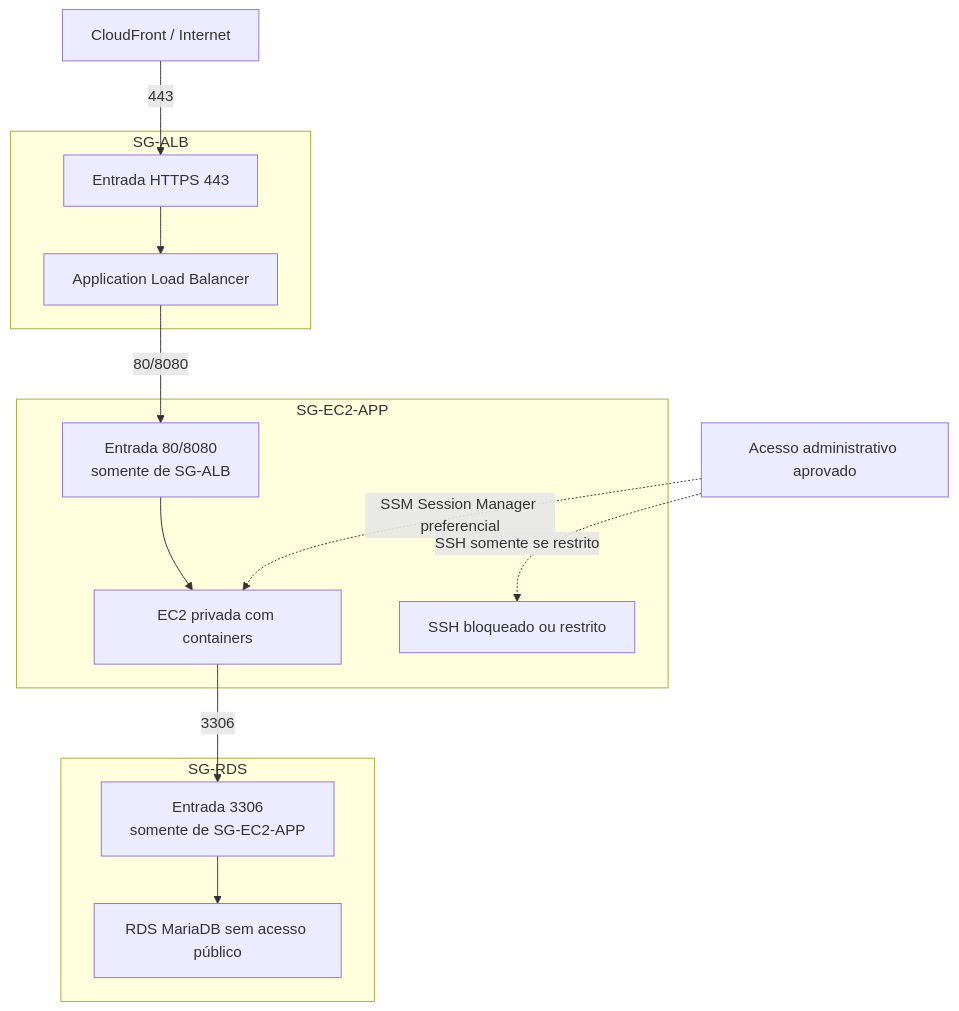
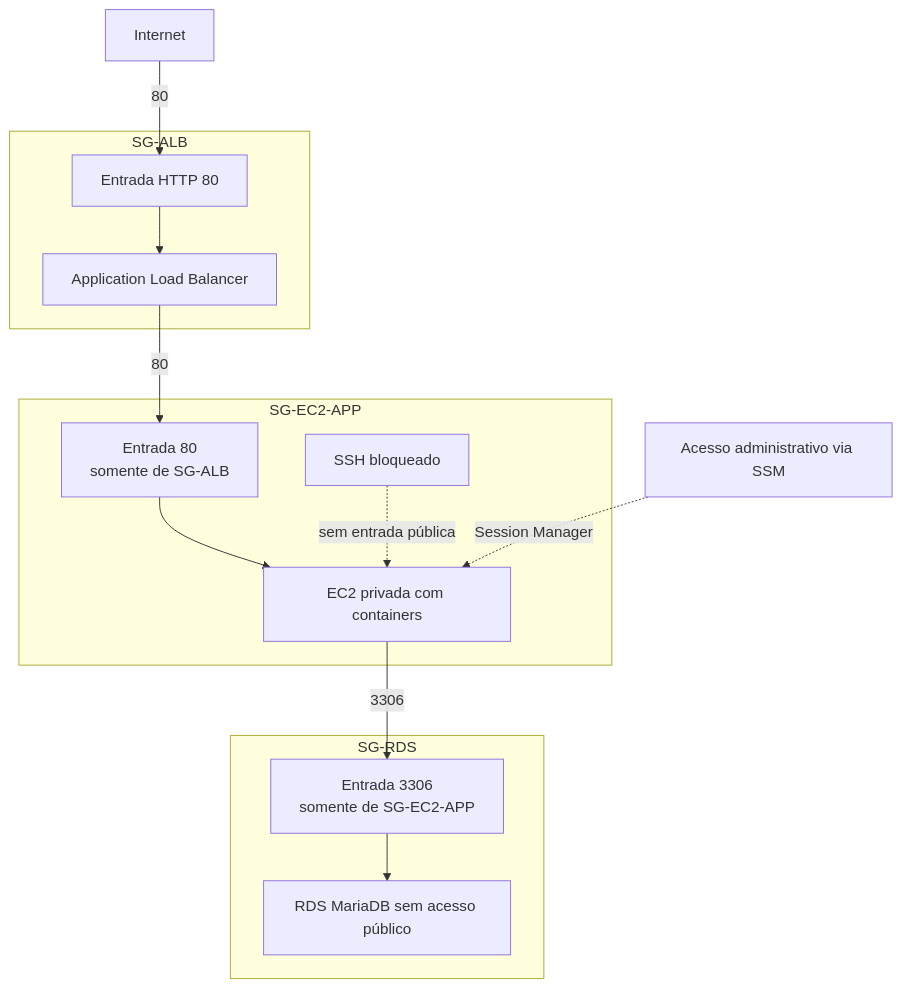
The third of 3 diagrams in docs/arquitetura/diagrama-aws-referencia.md (LuizPazdziora/mercantis-move2cloud), drawn with Mermaid before and after one commit. The commit also changed other lines of this file and 26 other files, not shown here.

````diff
--- a/docs/arquitetura/diagrama-aws-referencia.md
+++ b/docs/arquitetura/diagrama-aws-referencia.md
@@ -96,27 +83,27 @@
 ```mermaid
 flowchart TB
-    edge["CloudFront / Internet"]
-    admin["Acesso administrativo aprovado"]
+    internet["Internet"]
+    admin["Acesso administrativo via SSM"]
 
     subgraph sgAlb["SG-ALB"]
-        albRule["Entrada HTTPS 443"]
+        albRule["Entrada HTTP 80"]
         alb["Application Load Balancer"]
     end
 
     subgraph sgApp["SG-EC2-APP"]
-        appRule["Entrada 80/8080\nsomente de SG-ALB"]
-        sshRule["SSH bloqueado ou restrito"]
+        appRule["Entrada 80\nsomente de SG-ALB"]
+        sshRule["SSH bloqueado"]
         ec2["EC2 privada com containers"]
     end
 
     subgraph sgRds["SG-RDS"]
         dbRule["Entrada 3306\nsomente de SG-EC2-APP"]
         rds["RDS MariaDB sem acesso público"]
     end
 
-    edge -->|"443"| albRule --> alb
-    alb -->|"80/8080"| appRule --> ec2
-    admin -. "SSM Session Manager preferencial" .-> ec2
-    admin -. "SSH somente se restrito" .-> sshRule
+    internet -->|"80"| albRule --> alb
+    alb -->|"80"| appRule --> ec2
+    admin -. "Session Manager" .-> ec2
+    sshRule -. "sem entrada pública" .-> ec2
     ec2 -->|"3306"| dbRule --> rds
 ```
````
